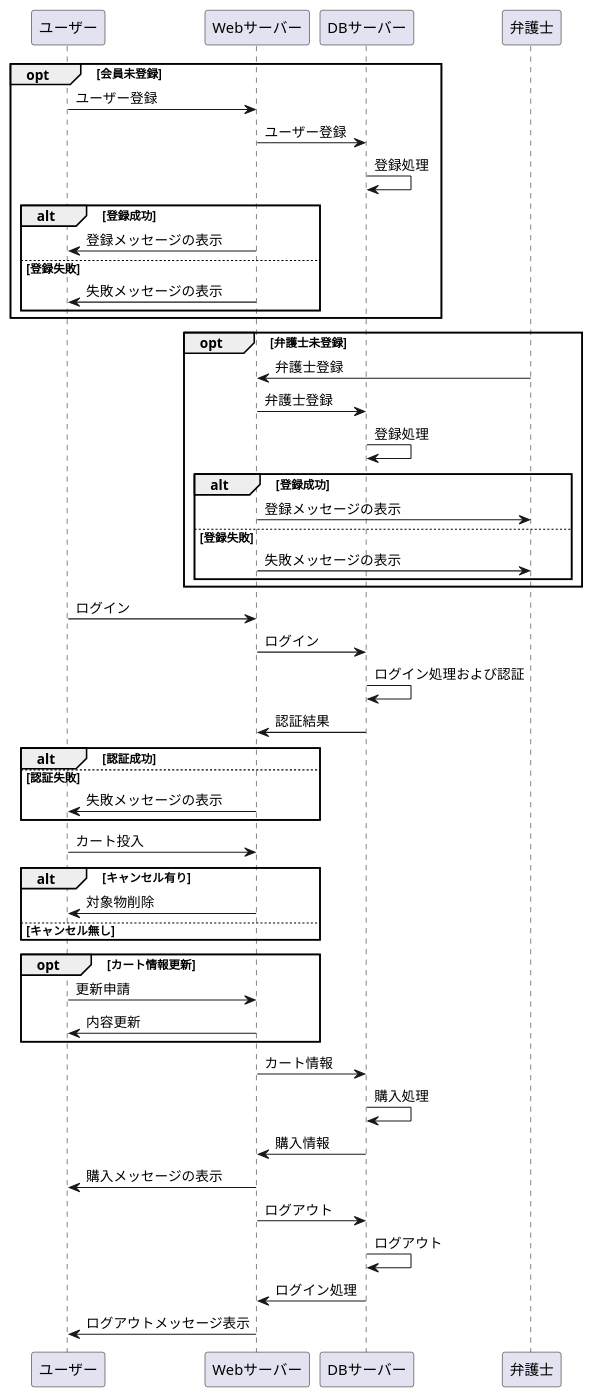
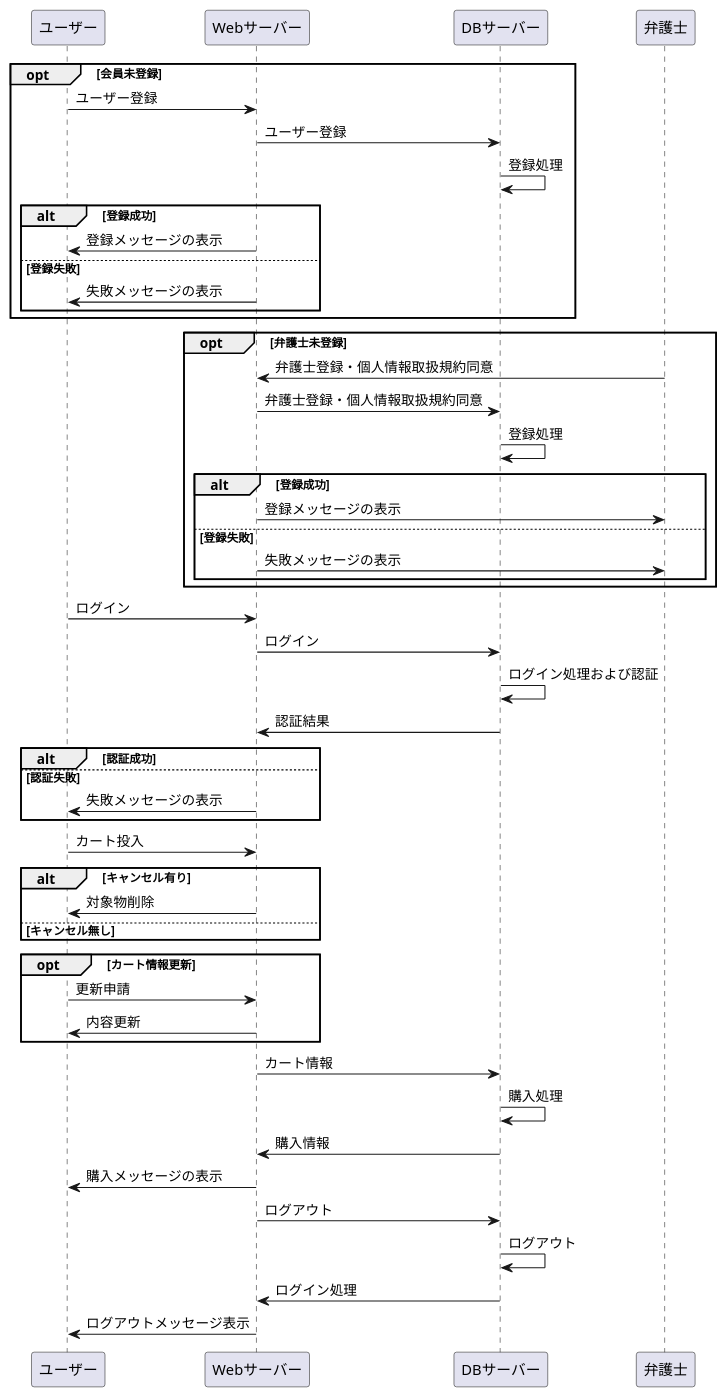
Before and after one commit to Aso2001374/2021sys-design: the diagram in bengoshi-syoukai.md, drawn with PlantUML.

````diff
--- a/bengoshi-syoukai.md
+++ b/bengoshi-syoukai.md
@@ -1,71 +1,71 @@
 ```uml
 @startuml
 
 opt 会員未登録
 
 ユーザー -> Webサーバー:ユーザー登録
 Webサーバー -> DBサーバー:ユーザー登録
 DBサーバー -> DBサーバー:登録処理
 
   alt 登録成功
     Webサーバー ->ユーザー:登録メッセージの表示
   else 登録失敗
     Webサーバー ->ユーザー:失敗メッセージの表示
   end
   
 end
 
 
 opt 弁護士未登録
 
-弁護士 -> Webサーバー:弁護士登録
-Webサーバー -> DBサーバー:弁護士登録
+弁護士 -> Webサーバー:弁護士登録・個人情報取扱規約同意
+Webサーバー -> DBサーバー:弁護士登録・個人情報取扱規約同意
 DBサーバー -> DBサーバー:登録処理
 
   alt 登録成功
     Webサーバー ->弁護士:登録メッセージの表示
   else 登録失敗
     Webサーバー ->弁護士:失敗メッセージの表示
   end
   
 end
 
 
 ユーザー -> Webサーバー:ログイン
 Webサーバー -> DBサーバー:ログイン
 DBサーバー -> DBサーバー:ログイン処理および認証
 DBサーバー -> Webサーバー:認証結果
 
   alt 認証成功
     else 認証失敗
     Webサーバー ->ユーザー:失敗メッセージの表示
   end
     
 
 ユーザー -> Webサーバー:カート投入
 
   
   alt キャンセル有り
       Webサーバー ->ユーザー:対象物削除
     else キャンセル無し
   end
   
   opt カート情報更新
       ユーザー -> Webサーバー:更新申請
       Webサーバー ->ユーザー:内容更新
   end
   
 Webサーバー -> DBサーバー:カート情報
 DBサーバー -> DBサーバー:購入処理
 DBサーバー -> Webサーバー:購入情報
 Webサーバー ->ユーザー:購入メッセージの表示
 
 Webサーバー -> DBサーバー:ログアウト
 DBサーバー -> DBサーバー:ログアウト
 DBサーバー -> Webサーバー:ログイン処理
 Webサーバー ->ユーザー:ログアウトメッセージ表示
   
   
 
 @enduml
 ```
````
